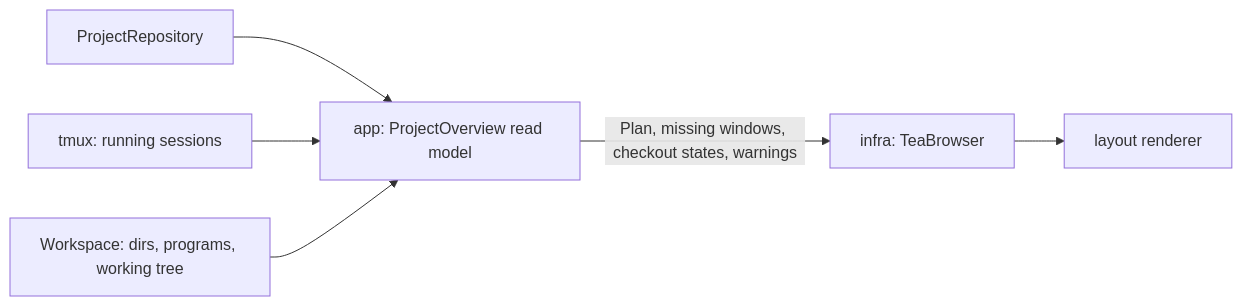
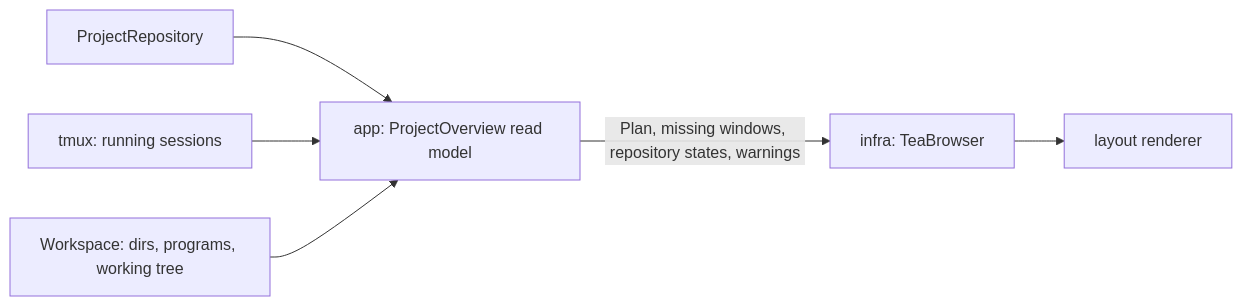
One commit to medilies/weaver changed the diagram in docs/ideas.md. Above: the diagram before and after it, drawn with Mermaid. The commit also changed other lines of this file and 26 other files, not shown here.

````diff
--- a/docs/ideas.md
+++ b/docs/ideas.md
@@ -92,8 +92,8 @@
 ```mermaid
 flowchart LR
     Repo[ProjectRepository] --> Read[app: ProjectOverview read model]
     Tmux[tmux: running sessions] --> Read
     WS[Workspace: dirs, programs, working tree] --> Read
-    Read -->|Plan, missing windows, checkout states, warnings| Browser[infra: TeaBrowser]
+    Read -->|Plan, missing windows, repository states, warnings| Browser[infra: TeaBrowser]
     Browser --> Layout[layout renderer]
 ```
````
